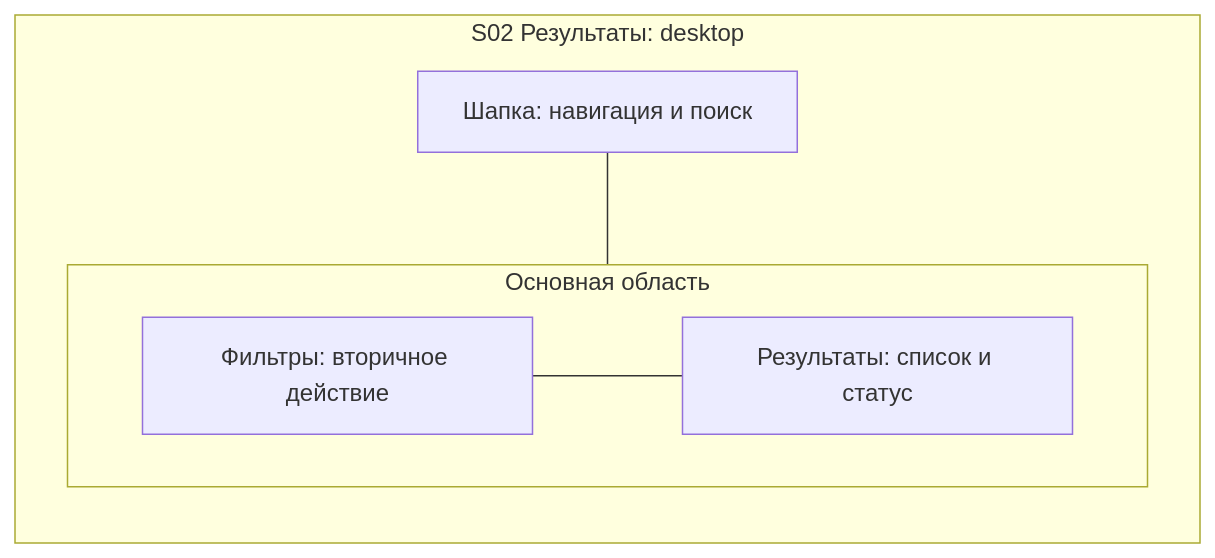
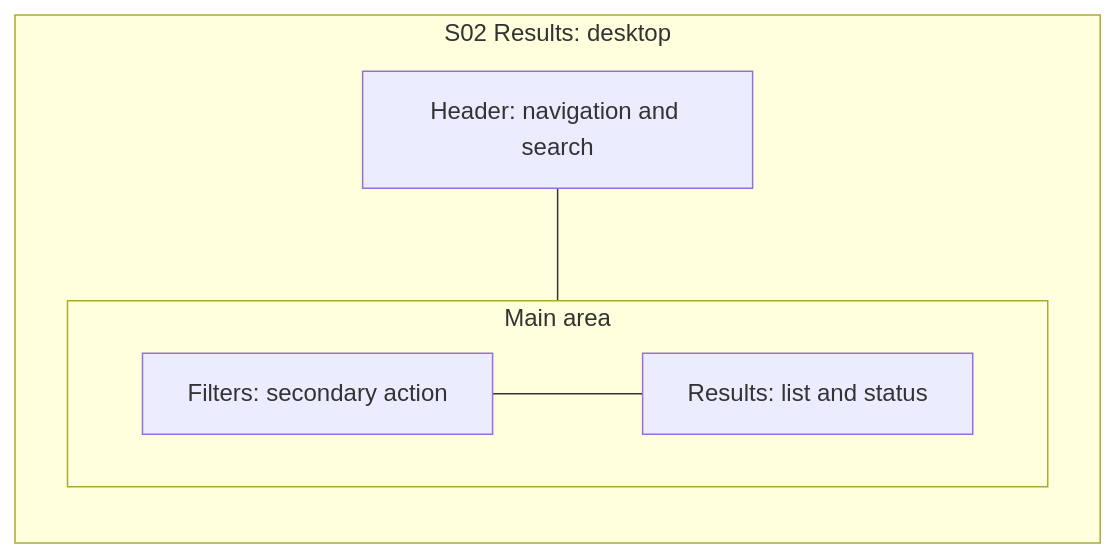
Before and after one commit to zxc0zxc0zxc/palarran-framework: the second of 4 diagrams in docs/ux/diagrams.md, drawn with Mermaid. The commit also changed other lines of this file and 783 other files, not shown here.

````diff
--- a/docs/ux/diagrams.md
+++ b/docs/ux/diagrams.md
@@ -35,14 +35,14 @@
 ```mermaid
 flowchart TB
-  subgraph PAGE["S02 Результаты: desktop"]
+  subgraph PAGE["S02 Results: desktop"]
     direction TB
-    H["Шапка: навигация и поиск"]
-    subgraph MAIN["Основная область"]
+    H["Header: navigation and search"]
+    subgraph MAIN["Main area"]
       direction LR
-      F["Фильтры: вторичное действие"]
-      R["Результаты: список и статус"]
+      F["Filters: secondary action"]
+      R["Results: list and status"]
       F --- R
     end
     H --- MAIN
   end
 ```
````
